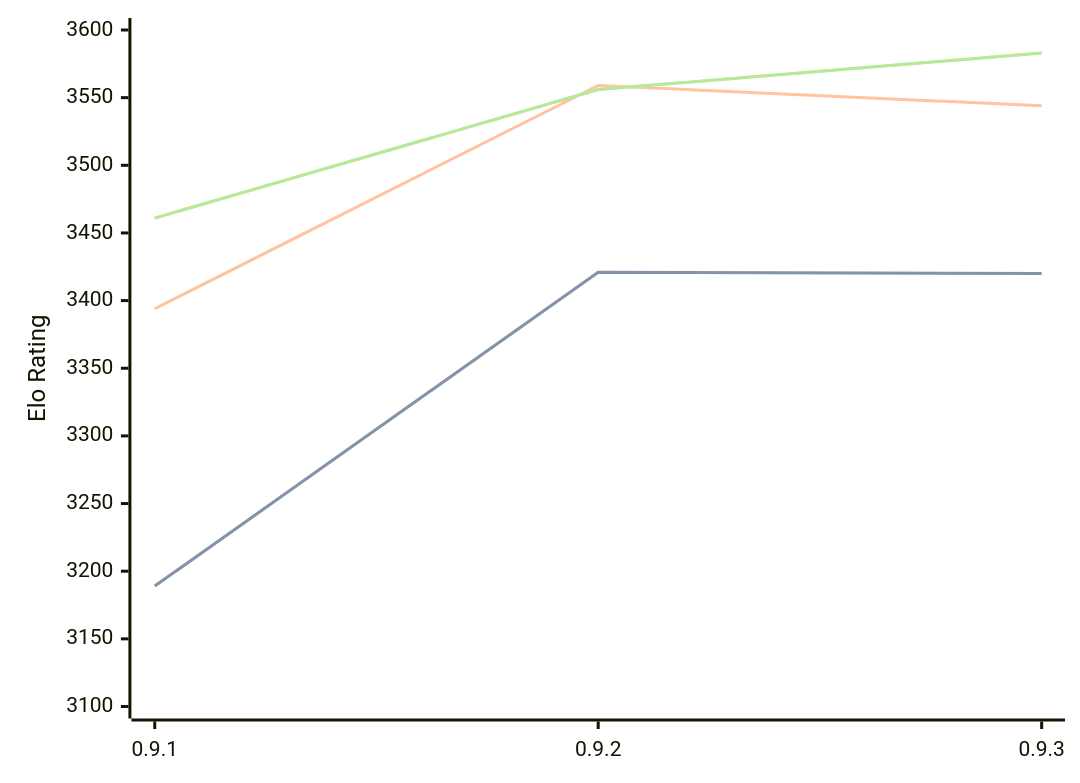
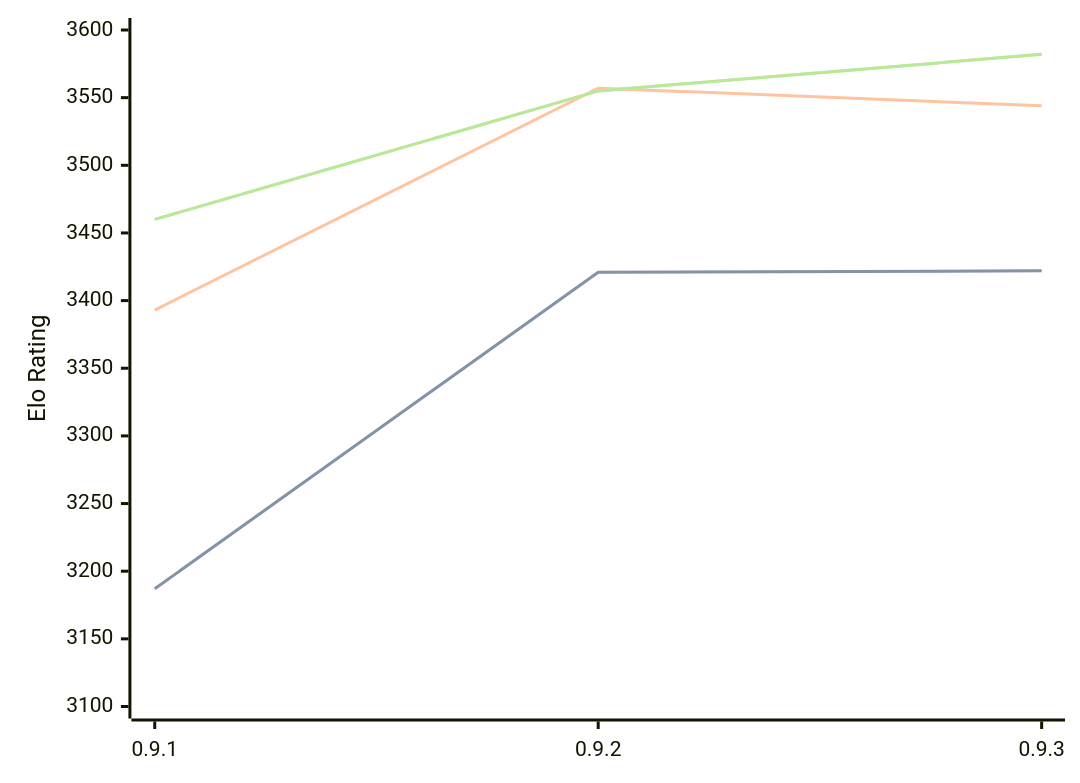
Before and after one commit to computer-chess-index/cci: the diagram in engines/Coda.md, drawn with Mermaid. The commit also changed other lines of this file, not shown here.

Commit message:
Update CCI Ratings (ELO VLTC) - 2026-08-04

````diff
--- a/engines/Coda.md
+++ b/engines/Coda.md
@@ -33,11 +33,11 @@
 ```mermaid
 %%{init: {"theme":"base","themeVariables":{"seriesColors:['#a3a3a3','#222221','#faa371']}}}%%
 xychart-beta
   x-axis ["0.9.1", "0.9.2", "0.9.3"]
   y-axis "Elo Rating" 3100 --> 3600
-  line "STC (8.0+0.08s)" [3189, 3421, 3420]
-  line "STC (8.0+0.08s)" [3189, 3421, 3420]
-  line "LTC (60.0+0.60s)" [3394, 3559, 3544]
-  line "VLTC (2m24s+1.12s)" [3461, 3556, 3583]
-  line "VLTC (2m24s+1.12s)" [3461, 3556, 3583]
+  line "STC (8.0+0.08s)" [3187, 3421, 3422]
+  line "STC (8.0+0.08s)" [3187, 3421, 3422]
+  line "LTC (60.0+0.60s)" [3393, 3557, 3544]
+  line "VLTC (2m24s+1.12s)" [3460, 3555, 3582]
+  line "VLTC (2m24s+1.12s)" [3460, 3555, 3582]
 ```
````
